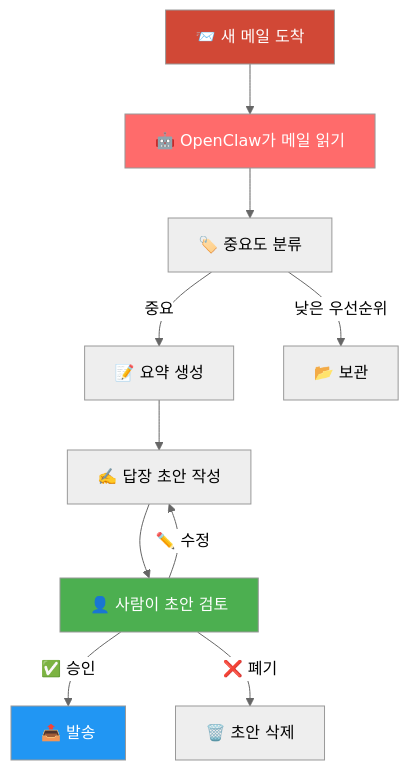
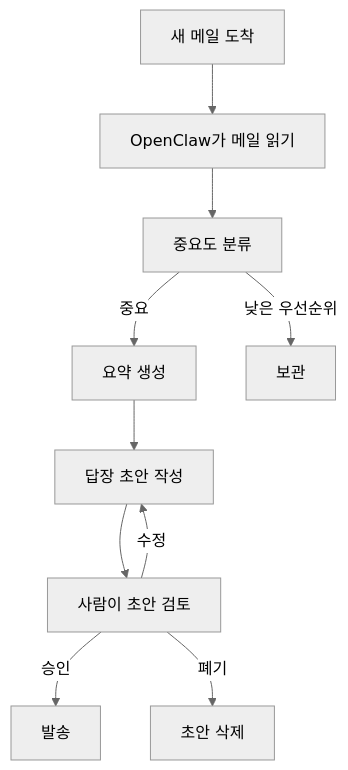
One commit to Henriepigastric590/colabclaw changed the fourth of 5 diagrams in README_ko.md. Above: the diagram before and after it, drawn with Mermaid (neutral theme). The commit also changed other lines of this file and 1 other file, not shown here.

Commit message:
Simplify mermaid diagrams to monochrome for light/dark theme compatibility

````diff
--- a/README_ko.md
+++ b/README_ko.md
@@ -173,17 +160,12 @@
 ```mermaid
 flowchart TD
-    A[📨 새 메일 도착] --> B[🤖 OpenClaw가 메일 읽기]
-    B --> C[🏷️ 중요도 분류]
-    C -->|중요| D[📝 요약 생성]
-    C -->|낮은 우선순위| E[📂 보관]
-    D --> F[✍️ 답장 초안 작성]
-    F --> G[👤 사람이 초안 검토]
-    G -->|✅ 승인| H[📤 발송]
-    G -->|✏️ 수정| F
-    G -->|❌ 폐기| I[🗑️ 초안 삭제]
-
-    style A fill:#D14836,color:#fff
-    style B fill:#FF6B6B,color:#fff
-    style G fill:#4CAF50,color:#fff
-    style H fill:#2196F3,color:#fff
+    A[새 메일 도착] --> B[OpenClaw가 메일 읽기]
+    B --> C[중요도 분류]
+    C -->|중요| D[요약 생성]
+    C -->|낮은 우선순위| E[보관]
+    D --> F[답장 초안 작성]
+    F --> G[사람이 초안 검토]
+    G -->|승인| H[발송]
+    G -->|수정| F
+    G -->|폐기| I[초안 삭제]
 ```
````
